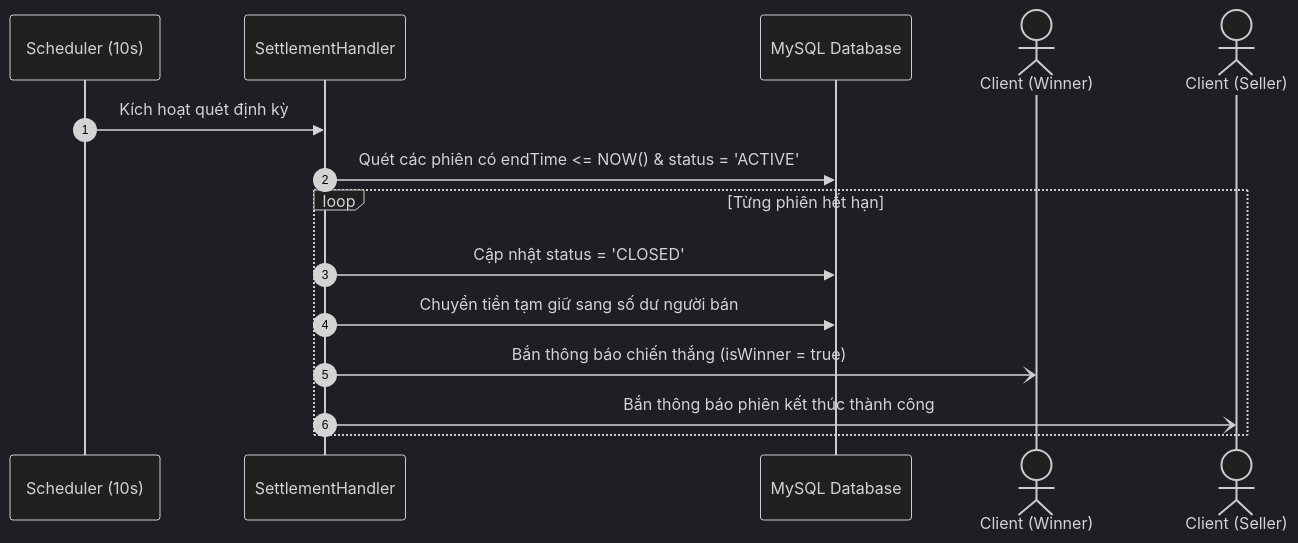
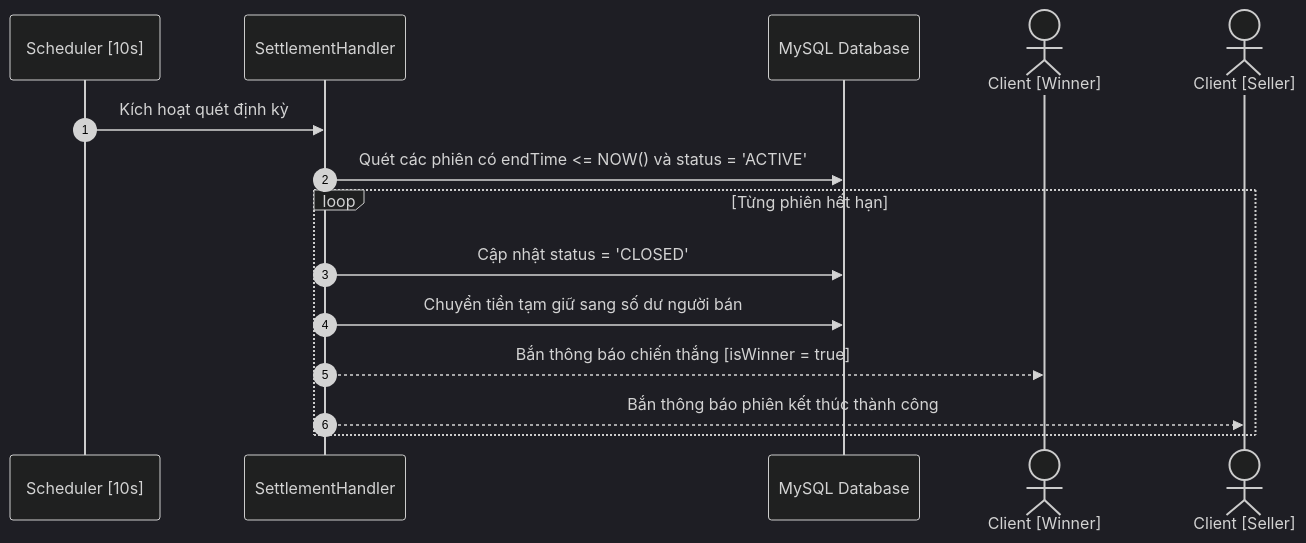
One commit to vietquanntt-collab/LTNC-BTL changed the fourth of 4 diagrams in DocsJava/ARCHITECTURE_AND_SEQUENCE.md. Above: the diagram before and after it, drawn with Mermaid (dark theme). The commit also changed other lines of this file, not shown here.

Commit message:
fix(docs): fix mermaid syntax for github markdown rendering

````diff
--- a/DocsJava/ARCHITECTURE_AND_SEQUENCE.md
+++ b/DocsJava/ARCHITECTURE_AND_SEQUENCE.md
@@ -67,18 +67,18 @@
 ```mermaid
 sequenceDiagram
     autonumber
-    participant Timer as Scheduler (10s)
+    participant Timer as Scheduler [10s]
     participant SH as SettlementHandler
     participant DB as MySQL Database
-    actor Winner as Client (Winner)
-    actor Seller as Client (Seller)
+    actor Winner as Client [Winner]
+    actor Seller as Client [Seller]
 
     Timer->>SH: Kích hoạt quét định kỳ
-    SH->>DB: Quét các phiên có endTime <= NOW() & status = 'ACTIVE'
+    SH->>DB: Quét các phiên có endTime <= NOW() và status = 'ACTIVE'
     loop Từng phiên hết hạn
         SH->>DB: Cập nhật status = 'CLOSED'
         SH->>DB: Chuyển tiền tạm giữ sang số dư người bán
-        SH-)Winner: Bắn thông báo chiến thắng (isWinner = true)
-        SH-)Seller: Bắn thông báo phiên kết thúc thành công
+        SH-->>Winner: Bắn thông báo chiến thắng [isWinner = true]
+        SH-->>Seller: Bắn thông báo phiên kết thúc thành công
     end
 ```
````
